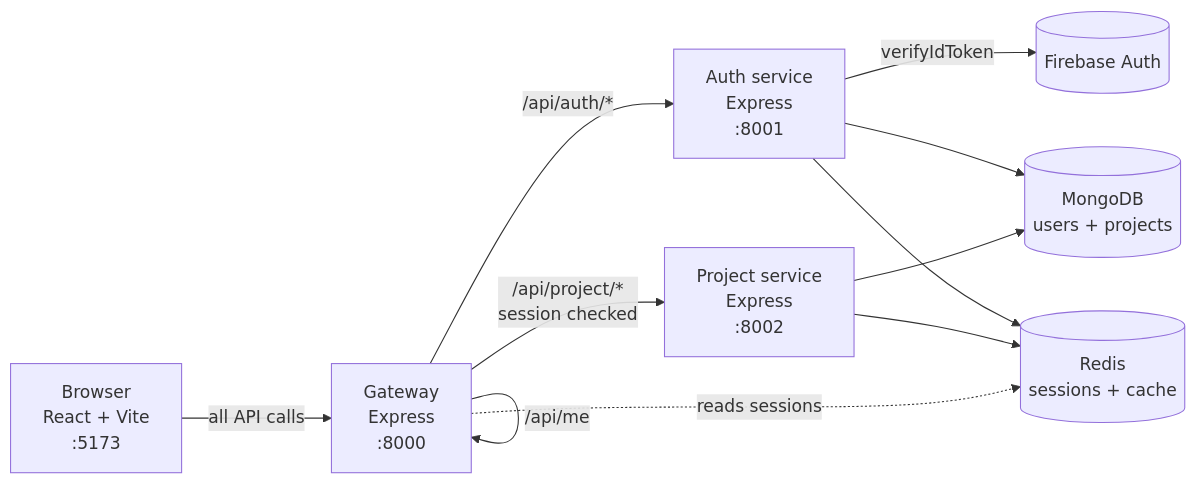
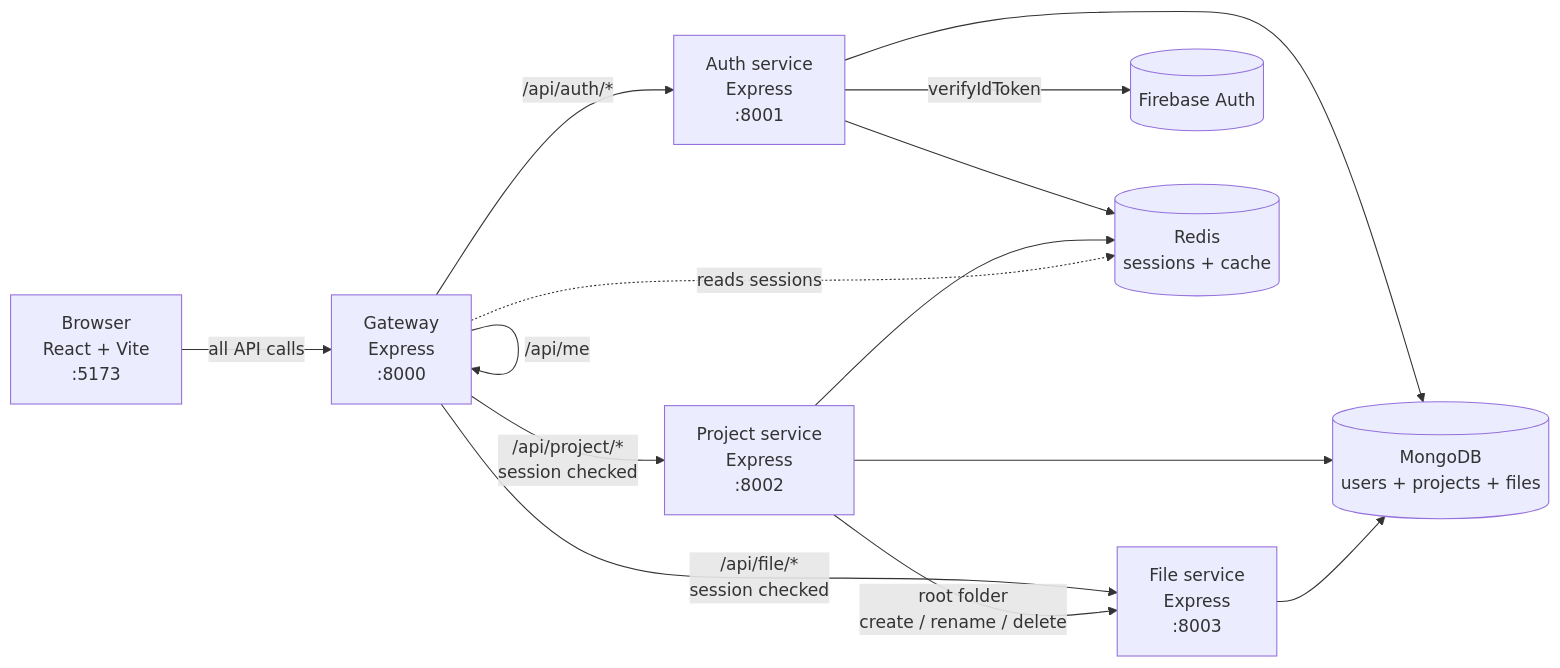
Before and after one commit to yamanhassan1/NexPulse: the diagram in README.md, drawn with Mermaid. The commit also changed other lines of this file and 84 other files, not shown here.

````diff
--- a/README.md
+++ b/README.md
@@ -31,21 +49,25 @@
 ```mermaid
 flowchart LR
     B["Browser<br>React + Vite<br>:5173"]
     G["Gateway<br>Express<br>:8000"]
     A["Auth service<br>Express<br>:8001"]
     P["Project service<br>Express<br>:8002"]
+    FS["File service<br>Express<br>:8003"]
     F[("Firebase Auth")]
-    M[("MongoDB<br>users + projects")]
+    M[("MongoDB<br>users + projects + files")]
     R[("Redis<br>sessions + cache")]
 
     B -->|"all API calls"| G
     G -->|"/api/auth/*"| A
     G -->|"/api/project/*<br>session checked"| P
+    G -->|"/api/file/*<br>session checked"| FS
     G -->|"/api/me"| G
     A -->|"verifyIdToken"| F
     A --> M
     A --> R
     P --> M
     P --> R
+    P -->|"root folder<br>create / rename / delete"| FS
+    FS --> M
     G -.->|"reads sessions"| R
 ```
````
